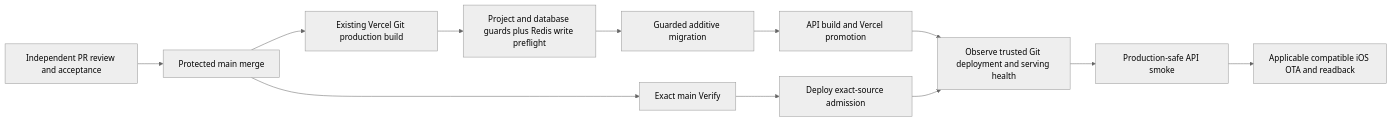
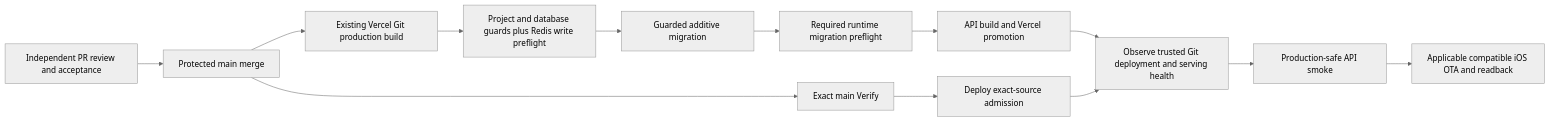
The diagram in docs/engineering/devops/routine-production.md (dgmolla/fitsy), drawn with Mermaid (neutral theme) before and after one commit. The commit also changed other lines of this file and 6 other files, not shown here.

````diff
--- a/docs/engineering/devops/routine-production.md
+++ b/docs/engineering/devops/routine-production.md
@@ -8,14 +8,15 @@
 ```mermaid
 flowchart LR
     R[Independent PR review and acceptance] --> M[Protected main merge]
     M --> G[Existing Vercel Git production build]
     G --> P[Project and database guards plus Redis write preflight]
     P --> D[Guarded additive migration]
-    D --> B[API build and Vercel promotion]
+    D --> Q[Required runtime migration preflight]
+    Q --> B[API build and Vercel promotion]
     M --> V[Exact main Verify]
     V --> A[Deploy exact-source admission]
     B --> O[Observe trusted Git deployment and serving health]
     A --> O
     O --> S[Production-safe API smoke]
     S --> E[Applicable compatible iOS OTA and readback]
 ```
````
